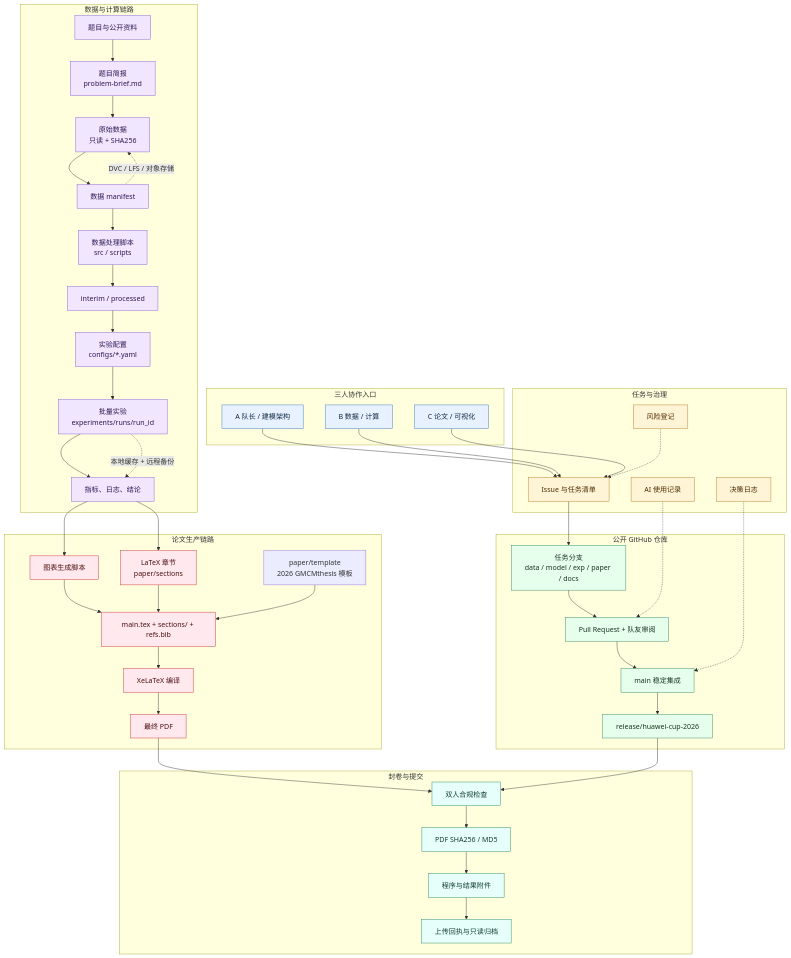
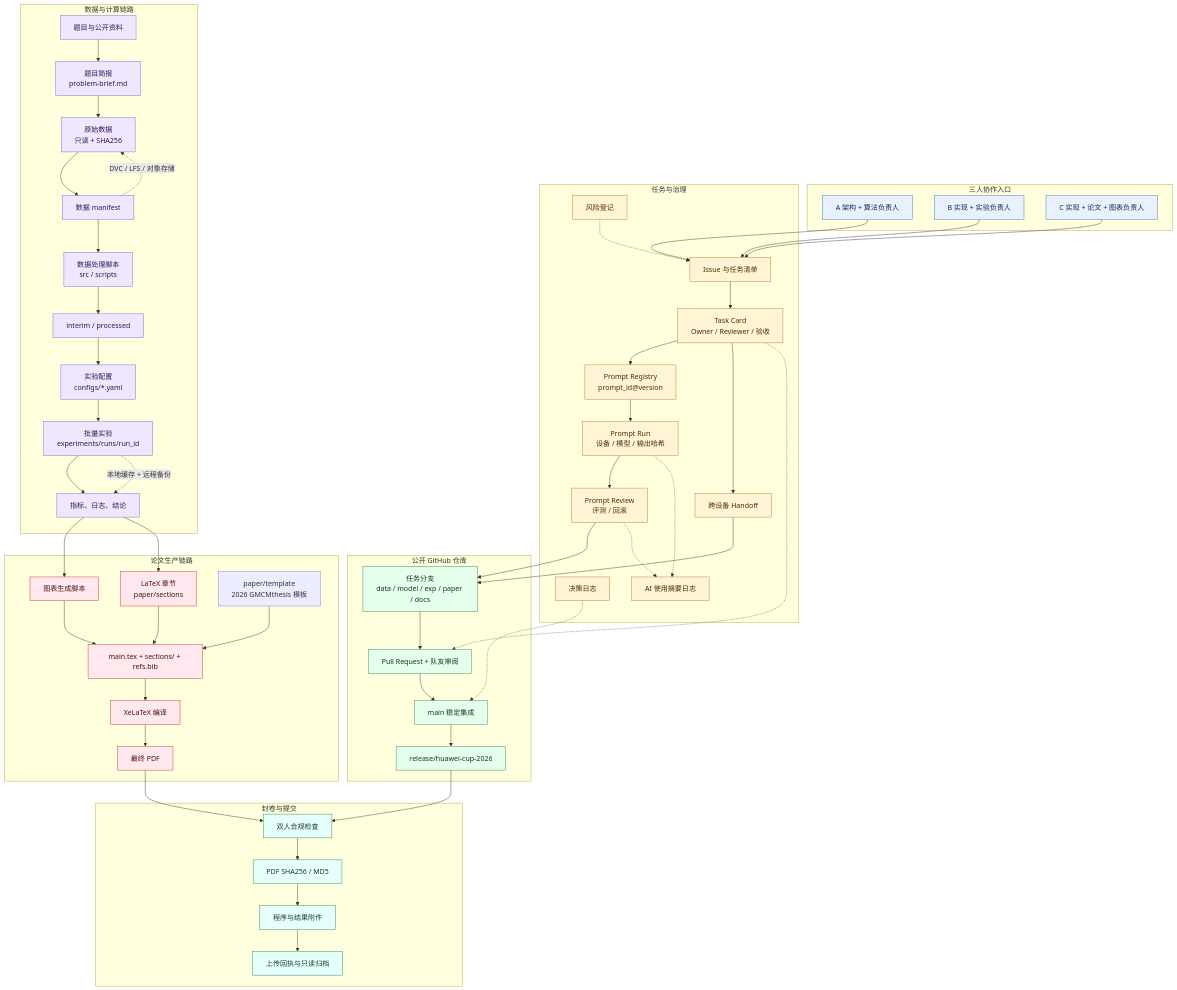
The diagram in docs/architecture-flow.mmd (2971793671-lgtm/huawei-cup-2026-team), drawn with Mermaid before and after one commit. The commit also changed 27 other files, not shown here.

```diff
--- a/docs/architecture-flow.mmd
+++ b/docs/architecture-flow.mmd
@@ -1,96 +1,109 @@
 flowchart TB
     subgraph TEAM[三人协作入口]
-        A[A 队长 / 建模架构]
-        B[B 数据 / 计算]
-        C[C 论文 / 可视化]
+        A[A 架构 + 算法负责人]
+        B[B 实现 + 实验负责人]
+        C[C 实现 + 论文 + 图表负责人]
     end
 
     subgraph CONTROL[任务与治理]
         ISSUE[Issue 与任务清单]
+        TASK[Task Card<br/>Owner / Reviewer / 验收]
+        PROMPT[Prompt Registry<br/>prompt_id@version]
+        PRUN[Prompt Run<br/>设备 / 模型 / 输出哈希]
+        REVIEW[Prompt Review<br/>评测 / 回滚]
         DECISION[决策日志]
-        AI[AI 使用记录]
+        AI[AI 使用摘要日志]
+        HANDOFF[跨设备 Handoff]
         RISK[风险登记]
     end
 
     subgraph GIT[公开 GitHub 仓库]
         MAIN[main 稳定集成]
         BRANCH[任务分支<br/>data / model / exp / paper / docs]
         PR[Pull Request + 队友审阅]
         RELEASE[release/huawei-cup-2026]
     end
 
     subgraph DATA[数据与计算链路]
         PROBLEM[题目与公开资料]
         BRIEF[题目简报<br/>problem-brief.md]
         RAW[原始数据<br/>只读 + SHA256]
         MANIFEST[数据 manifest]
         PIPELINE[数据处理脚本<br/>src / scripts]
         CLEAN[interim / processed]
         CONFIG[实验配置<br/>configs/*.yaml]
         RUN[批量实验<br/>experiments/runs/run_id]
         METRIC[指标、日志、结论]
     end
 
     subgraph PAPER[论文生产链路]
         FIG[图表生成脚本]
         SECTIONS[LaTeX 章节<br/>paper/sections]
         MAIN_TEX[main.tex + sections/ + refs.bib]
         TEMPLATE[paper/template<br/>2026 GMCMthesis 模板]
         XELATEX[XeLaTeX 编译]
         PDF[最终 PDF]
     end
 
     subgraph SUBMIT[封卷与提交]
         CHECK[双人合规检查]
         HASH[PDF SHA256 / MD5]
         ATTACH[程序与结果附件]
         RECEIPT[上传回执与只读归档]
     end
 
     A --> ISSUE
     B --> ISSUE
     C --> ISSUE
-    ISSUE --> BRANCH
+    ISSUE --> TASK
+    TASK --> PROMPT
+    PROMPT --> PRUN
+    PRUN --> REVIEW
+    REVIEW --> BRANCH
+    TASK --> HANDOFF
+    HANDOFF --> BRANCH
     BRANCH --> PR
     PR --> MAIN
     MAIN --> RELEASE
     DECISION -.-> MAIN
-    AI -.-> PR
+    PRUN -.-> AI
+    REVIEW -.-> AI
+    TASK -.-> PR
     RISK -.-> ISSUE
 
     PROBLEM --> BRIEF
     BRIEF --> RAW
     RAW --> MANIFEST
     MANIFEST --> PIPELINE
     PIPELINE --> CLEAN
     CLEAN --> CONFIG
     CONFIG --> RUN
     RUN --> METRIC
     METRIC --> FIG
     METRIC --> SECTIONS
     FIG --> MAIN_TEX
     SECTIONS --> MAIN_TEX
     TEMPLATE --> MAIN_TEX
     MAIN_TEX --> XELATEX
     XELATEX --> PDF
 
     PDF --> CHECK
     RELEASE --> CHECK
     CHECK --> HASH
     HASH --> ATTACH
     ATTACH --> RECEIPT
     MANIFEST -.DVC / LFS / 对象存储.-> RAW
     RUN -.本地缓存 + 远程备份.-> METRIC
 
     classDef person fill:#e8f1ff,stroke:#3973b8,color:#102a43;
     classDef control fill:#fff4d6,stroke:#b7791f,color:#4a2c00;
     classDef repo fill:#e6ffed,stroke:#2f855a,color:#17351f;
     classDef data fill:#f0e7ff,stroke:#805ad5,color:#2d174f;
     classDef paper fill:#ffe8ee,stroke:#c53030,color:#4a1010;
     classDef submit fill:#e6fffa,stroke:#25855a,color:#123c32;
     class A,B,C person;
-    class ISSUE,DECISION,AI,RISK control;
+    class ISSUE,TASK,PROMPT,PRUN,REVIEW,DECISION,AI,HANDOFF,RISK control;
     class MAIN,BRANCH,PR,RELEASE repo;
     class PROBLEM,BRIEF,RAW,MANIFEST,PIPELINE,CLEAN,CONFIG,RUN,METRIC data;
     class FIG,SECTIONS,MAIN_TEX,XELATEX,PDF paper;
     class CHECK,HASH,ATTACH,RECEIPT submit;
```
